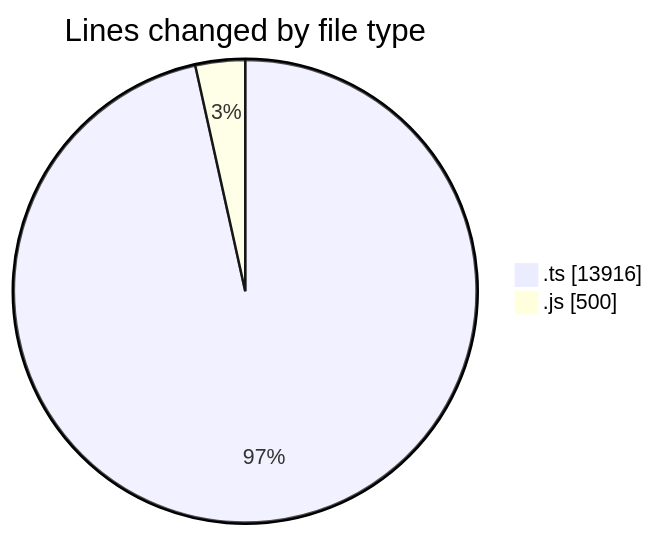
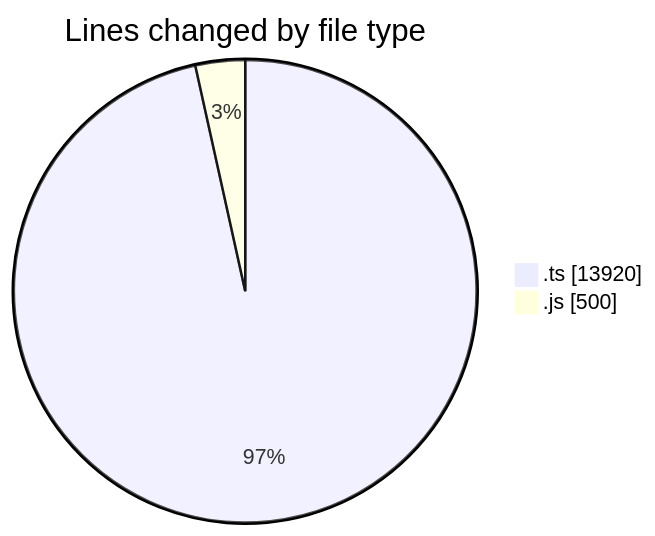
Before and after one commit to momahboobian/code-tracking: the first of 2 diagrams in 2025-06-26/cda/README.md, drawn with Mermaid. The commit also changed other lines of this file and 1 other file, not shown here.

````diff
--- a/2025-06-26/cda/README.md
+++ b/2025-06-26/cda/README.md
@@ -25,6 +25,6 @@
 ```mermaid
 pie showData
 title Lines changed by file type
-".ts" : 13916
+".ts" : 13920
 ".js" : 500
 ```
````
